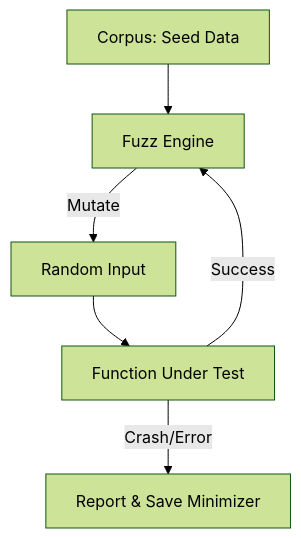
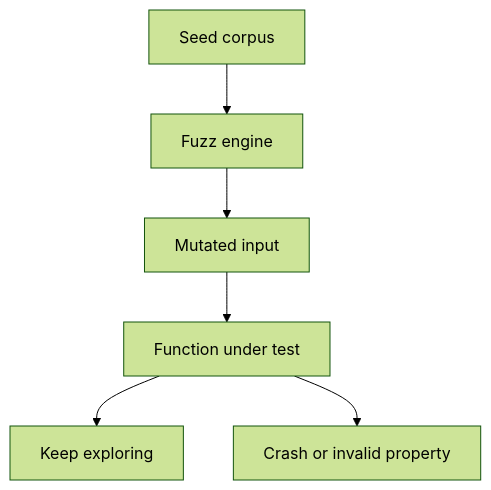
Before and after one commit to syahputrawork98-sketch/Golang-Knowledge-Base: the diagram in RAK-04-core-mechanics/SR-03-tooling-excellence/BK-02-performance-benchmarking/CH-03_FuzzTesting/README.md, drawn with Mermaid (forest theme). The commit also changed other lines of this file and 32 other files, not shown here.

````diff
--- a/RAK-04-core-mechanics/SR-03-tooling-excellence/BK-02-performance-benchmarking/CH-03_FuzzTesting/README.md
+++ b/RAK-04-core-mechanics/SR-03-tooling-excellence/BK-02-performance-benchmarking/CH-03_FuzzTesting/README.md
@@ -24,8 +33,8 @@
 ```mermaid
 graph TD
-    C[Corpus: Seed Data] --> F[Fuzz Engine]
-    F -->|Mutate| I[Random Input]
-    I --> Target[Function Under Test]
-    Target -->|Crash/Error| R[Report & Save Minimizer]
-    Target -->|Success| F
+    Corpus[Seed corpus] --> Engine[Fuzz engine]
+    Engine --> Input[Mutated input]
+    Input --> Target[Function under test]
+    Target --> Success[Keep exploring]
+    Target --> Failure[Crash or invalid property]
 ```
````
